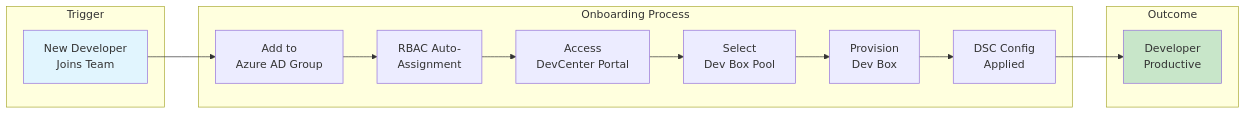
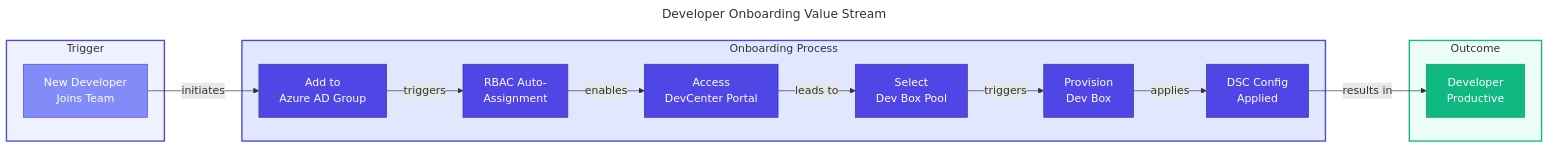
The fifth of 8 diagrams in docs/architecture/01-business-architecture.md (Evilazaro/DevExp-DevBox), drawn with Mermaid before and after one commit. The commit also changed other lines of this file, not shown here.

Commit message:
Refactor business architecture documentation to enhance clarity and detail in diagrams and value propositions

````diff
--- a/docs/architecture/01-business-architecture.md
+++ b/docs/architecture/01-business-architecture.md
@@ -301,24 +347,49 @@
 ```mermaid
+---
+title: Developer Onboarding Value Stream
+---
 flowchart LR
+    %% ===== STYLE DEFINITIONS =====
+    classDef trigger fill:#818CF8,stroke:#4F46E5,color:#FFFFFF
+    classDef primary fill:#4F46E5,stroke:#3730A3,color:#FFFFFF
+    classDef secondary fill:#10B981,stroke:#059669,color:#FFFFFF
+
+    %% ===== TRIGGER STAGE =====
     subgraph Trigger["Trigger"]
-        A[New Developer<br/>Joins Team]
+        A["New Developer<br/>Joins Team"]
     end
 
+    %% ===== PROCESS STAGE =====
     subgraph Process["Onboarding Process"]
-        B[Add to<br/>Azure AD Group]
-        C[RBAC Auto-<br/>Assignment]
-        D[Access<br/>DevCenter Portal]
-        E[Select<br/>Dev Box Pool]
-        F[Provision<br/>Dev Box]
-        G[DSC Config<br/>Applied]
+        B["Add to<br/>Azure AD Group"]
+        C["RBAC Auto-<br/>Assignment"]
+        D["Access<br/>DevCenter Portal"]
+        E["Select<br/>Dev Box Pool"]
+        F["Provision<br/>Dev Box"]
+        G["DSC Config<br/>Applied"]
     end
 
+    %% ===== OUTCOME STAGE =====
     subgraph Outcome["Outcome"]
-        H[Developer<br/>Productive]
+        H["Developer<br/>Productive"]
     end
 
-    A --> B --> C --> D --> E --> F --> G --> H
+    %% ===== FLOW CONNECTIONS =====
+    A -->|"initiates"| B
+    B -->|"triggers"| C
+    C -->|"enables"| D
+    D -->|"leads to"| E
+    E -->|"triggers"| F
+    F -->|"applies"| G
+    G -->|"results in"| H
 
-    style A fill:#e1f5fe
-    style H fill:#c8e6c9
+    %% ===== APPLY STYLES =====
+    class A trigger
+    class B,C,D,E,F,G primary
+    class H secondary
+
+    %% ===== SUBGRAPH STYLING =====
+    style Trigger fill:#EEF2FF,stroke:#4F46E5,stroke-width:2px
+    style Process fill:#E0E7FF,stroke:#4F46E5,stroke-width:2px
+    style Outcome fill:#ECFDF5,stroke:#10B981,stroke-width:2px
 ```
````
